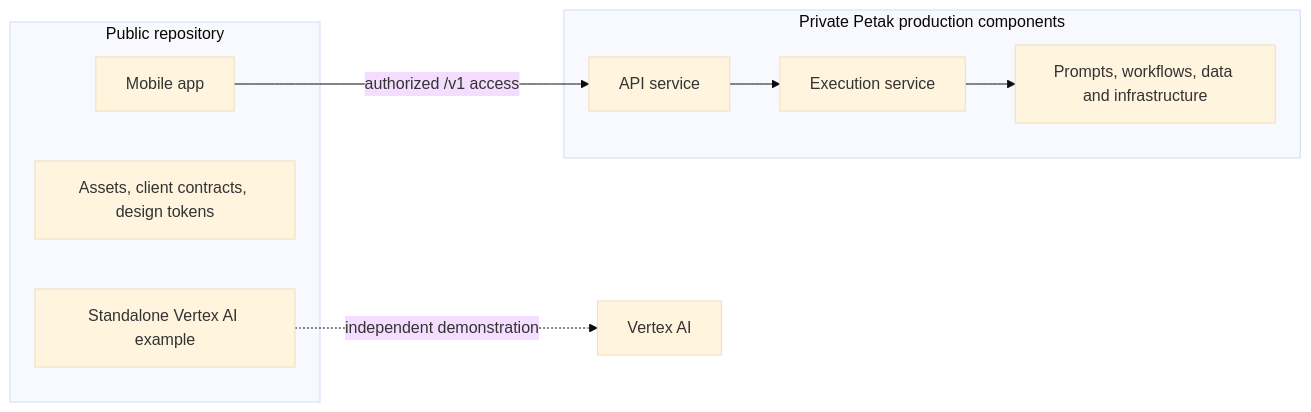
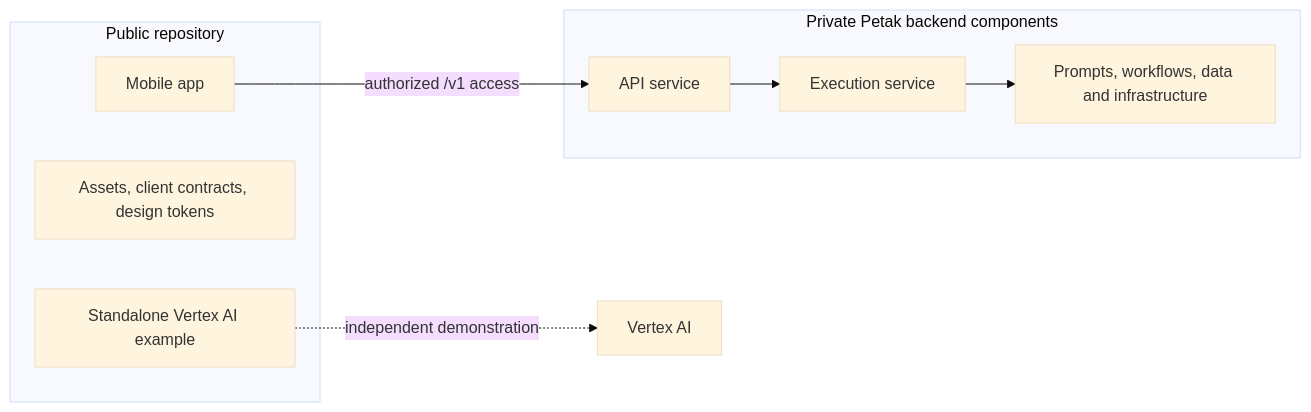
Before and after one commit to FhikarZul/petak-builder-cup-2026: the third of 3 diagrams in docs/architecture.md, drawn with Mermaid (base theme). The commit also changed other lines of this file and 6 other files, not shown here.

Commit message:
Add Builder Cup architecture slide and align docs

````diff
--- a/docs/architecture.md
+++ b/docs/architecture.md
@@ -63,17 +82,17 @@
 ```mermaid
 flowchart LR
   subgraph Public["Public repository"]
     App["Mobile app"]
     Packages["Assets, client contracts, design tokens"]
     Demo["Standalone Vertex AI example"]
   end
-  subgraph Private["Private Petak production components"]
+  subgraph Private["Private Petak backend components"]
     API["API service"]
     Worker["Execution service"]
     Internals["Prompts, workflows, data and infrastructure"]
   end
   App -->|authorized /v1 access| API
   API --> Worker
   Worker --> Internals
   Demo -.->|independent demonstration| Vertex["Vertex AI"]
 ```
````
